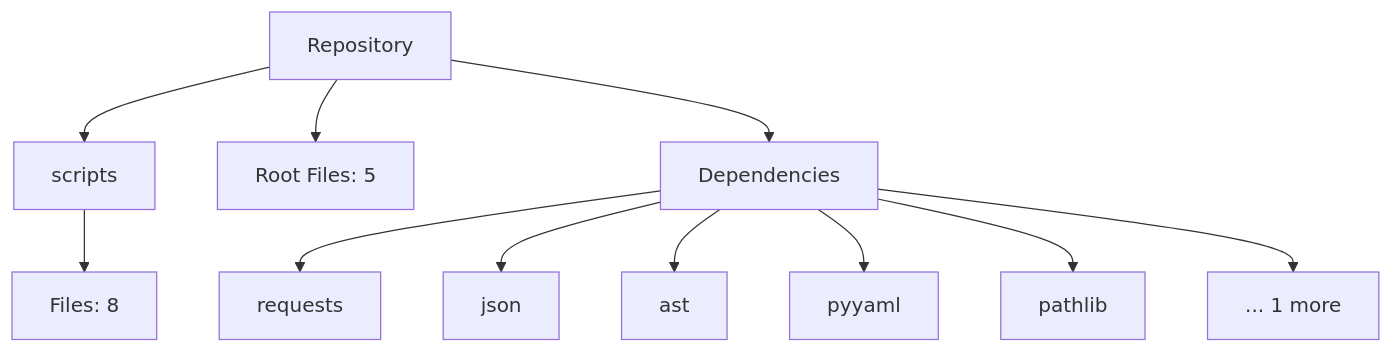
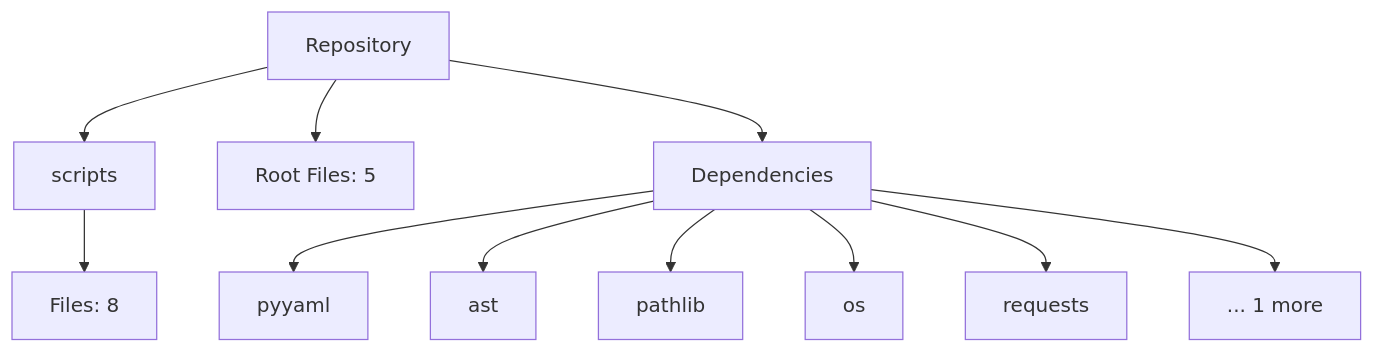
The diagram in scripts/diagrams/architecture.mermaid (NITISH-R-G/Smart-Task-Tracker-macOS-Dark-Edition-), drawn with Mermaid before and after one commit. The commit also changed 4 other files, not shown here.

Commit message:
docs(auto): Automatically update repository architecture and README

```diff
--- a/scripts/diagrams/architecture.mermaid
+++ b/scripts/diagrams/architecture.mermaid
@@ -1,12 +1,12 @@
 graph TD
     Root[Repository]
     Root --> scripts[scripts]
     scripts --> scripts_files[Files: 8]
     Root --> Root_files[Root Files: 5]
     Root --> Deps[Dependencies]
+    Deps --> pyyaml[pyyaml]
+    Deps --> ast[ast]
+    Deps --> pathlib[pathlib]
+    Deps --> os[os]
     Deps --> requests[requests]
-    Deps --> json[json]
-    Deps --> ast[ast]
-    Deps --> pyyaml[pyyaml]
-    Deps --> pathlib[pathlib]
     Deps --> MoreDeps[... 1 more]
```
